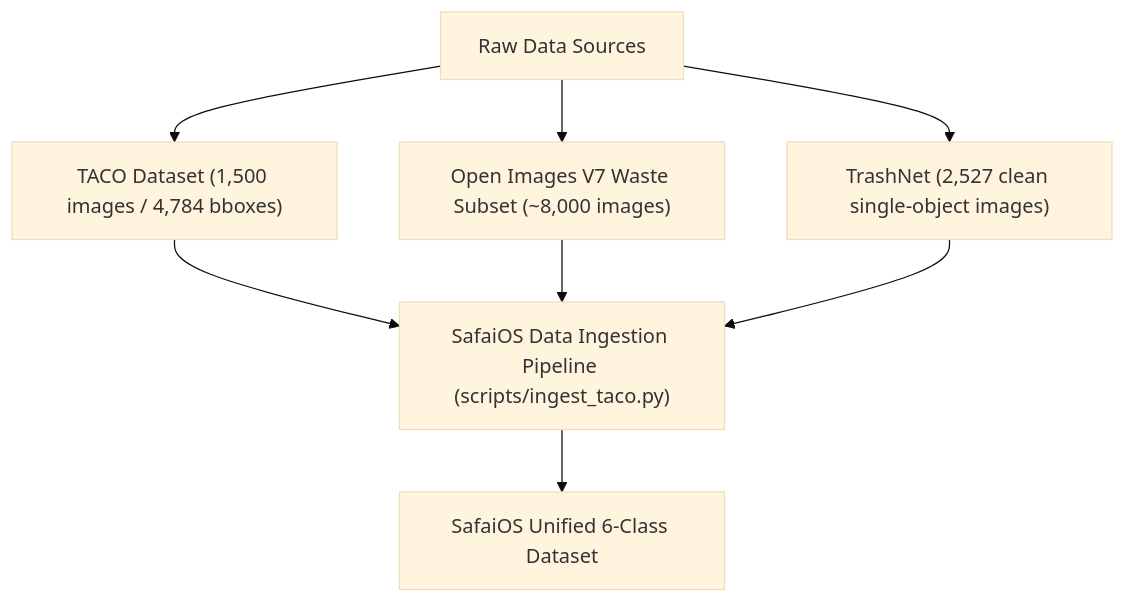
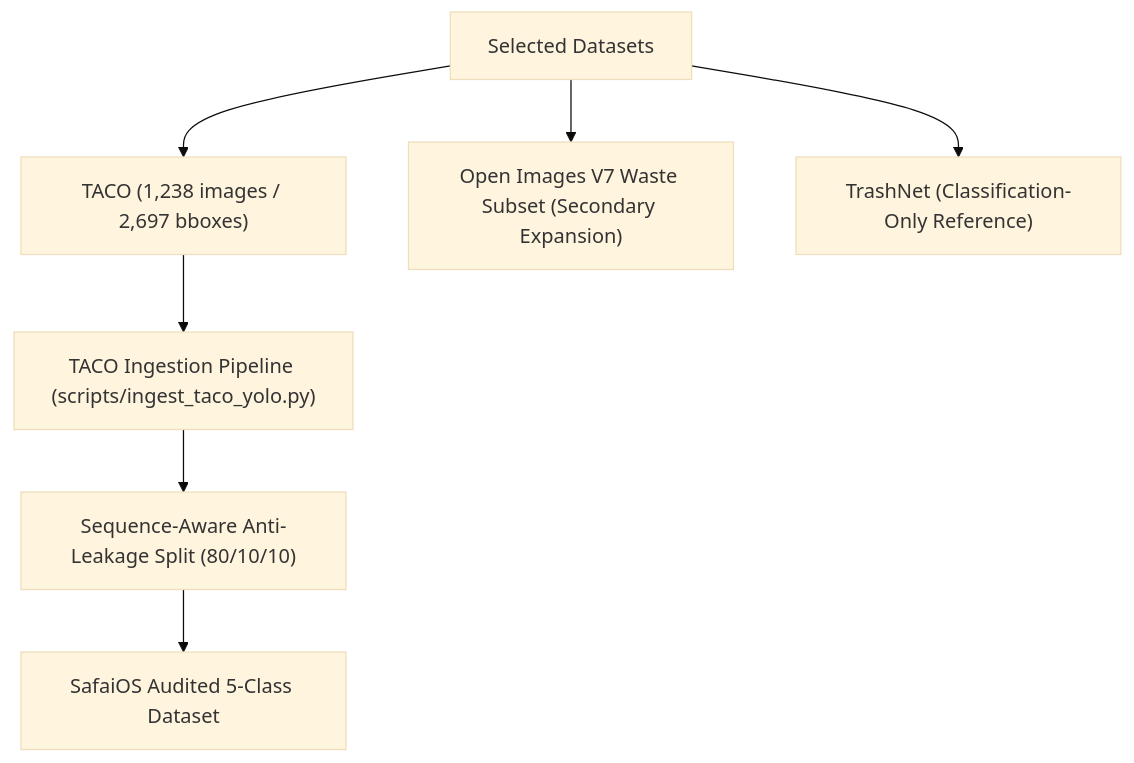
One commit to Isaias-Morais/Safai_OS changed the diagram in reports/gate1_report.md. Above: the diagram before and after it, drawn with Mermaid (base theme). The commit also changed other lines of this file and 3 other files, not shown here.

Commit message:
Complete Gate 1 data ingestion, audit, and YOLO11s 5-class baseline setup

````diff
--- a/reports/gate1_report.md
+++ b/reports/gate1_report.md
@@ -47,12 +53,10 @@
 ```mermaid
 graph TD
-    A["Raw Data Sources"] --> B["TACO Dataset (1,500 images / 4,784 bboxes)"]
-    A --> C["Open Images V7 Waste Subset (~8,000 images)"]
-    A --> D["TrashNet (2,527 clean single-object images)"]
+    A["Selected Datasets"] --> B["TACO (1,238 images / 2,697 bboxes)"]
+    A --> C["Open Images V7 Waste Subset (Secondary Expansion)"]
+    A --> D["TrashNet (Classification-Only Reference)"]
     
-    B --> E["SafaiOS Data Ingestion Pipeline (scripts/ingest_taco.py)"]
-    C --> E
-    D --> E
-    
-    E --> F["SafaiOS Unified 6-Class Dataset"]
+    B --> E["TACO Ingestion Pipeline (scripts/ingest_taco_yolo.py)"]
+    E --> F["Sequence-Aware Anti-Leakage Split (80/10/10)"]
+    F --> G["SafaiOS Audited 5-Class Dataset"]
 ```
````
